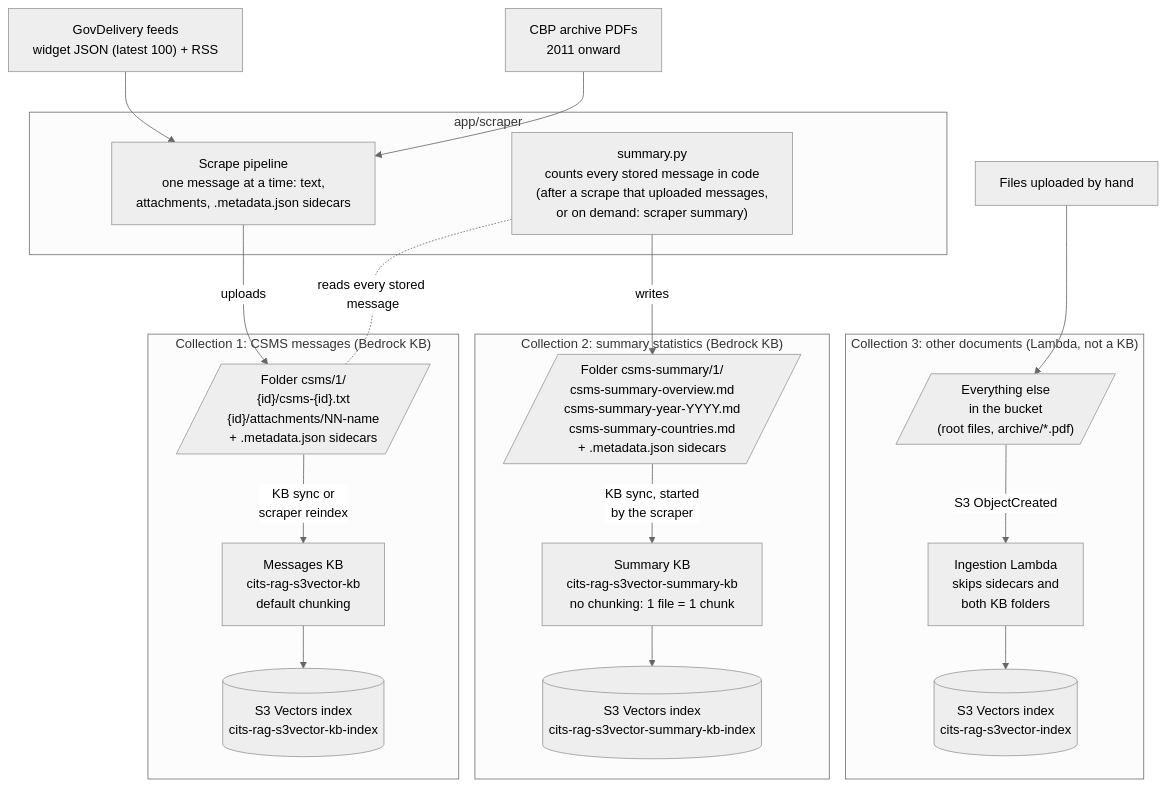
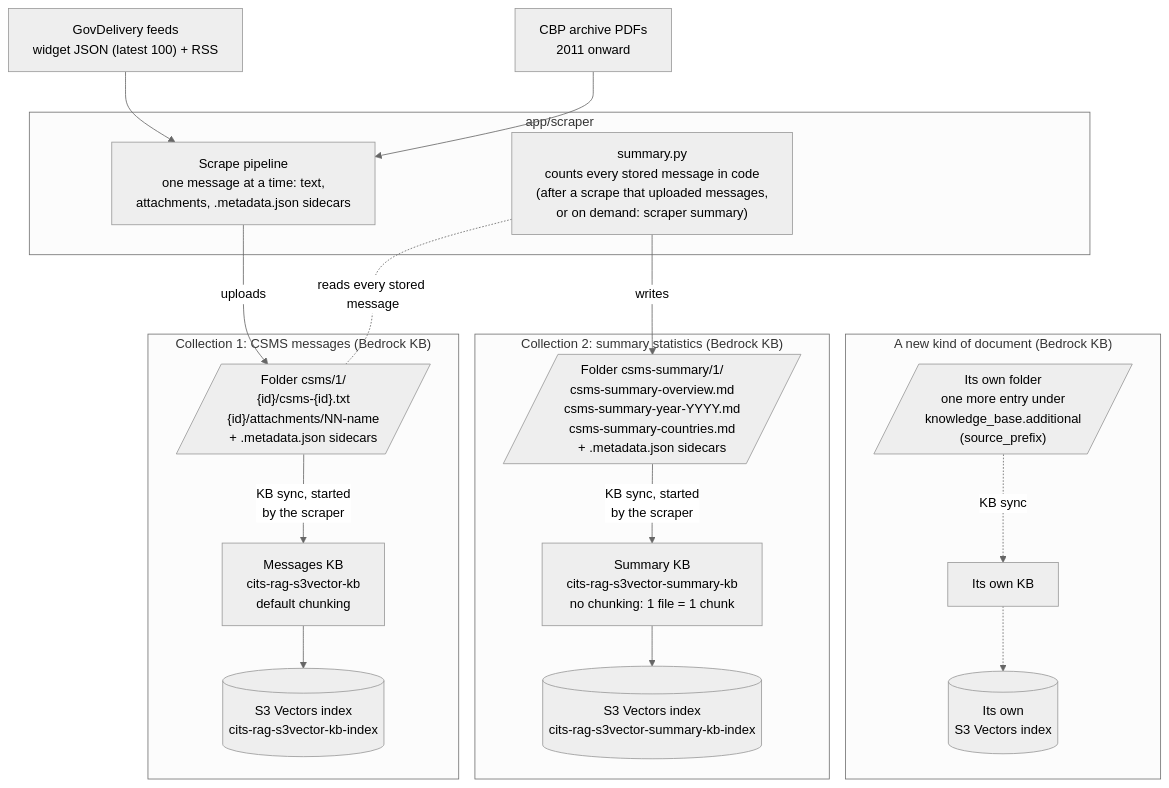
One commit to channelit/RAG-S3Vector changed the first of 2 diagrams in new-architecture.md. Above: the diagram before and after it, drawn with Mermaid (neutral theme). The commit also changed other lines of this file and 14 other files, not shown here.

First line of the commit message:
Make knowledge bases the only ingestion path

````diff
--- a/new-architecture.md
+++ b/new-architecture.md
@@ -38,42 +36,39 @@
 ```mermaid
 %%{init: {"flowchart": {"wrappingWidth": 380}}}%%
 flowchart TD
     FEED["GovDelivery feeds<br/>widget JSON (latest 100) + RSS"]
     PDFS["CBP archive PDFs<br/>2011 onward"]
 
     subgraph SCR["app/scraper"]
         PIPE["Scrape pipeline<br/>one message at a time: text,<br/>attachments, .metadata.json sidecars"]
         SUM["summary.py<br/>counts every stored message in code<br/>(after a scrape that uploaded messages,<br/>or on demand: scraper summary)"]
     end
 
     subgraph C1["Collection 1: CSMS messages (Bedrock KB)"]
         F1[/"Folder csms/1/<br/>{id}/csms-{id}.txt<br/>{id}/attachments/NN-name<br/>+ .metadata.json sidecars"/]
         K1["Messages KB<br/>cits-rag-s3vector-kb<br/>default chunking"]
         X1[("S3 Vectors index<br/>cits-rag-s3vector-kb-index")]
-        F1 -->|"KB sync or<br/>scraper reindex"| K1 --> X1
+        F1 -->|"KB sync, started<br/>by the scraper"| K1 --> X1
     end
 
     subgraph C2["Collection 2: summary statistics (Bedrock KB)"]
         F2[/"Folder csms-summary/1/<br/>csms-summary-overview.md<br/>csms-summary-year-YYYY.md<br/>csms-summary-countries.md<br/>+ .metadata.json sidecars"/]
         K2["Summary KB<br/>cits-rag-s3vector-summary-kb<br/>no chunking: 1 file = 1 chunk"]
         X2[("S3 Vectors index<br/>cits-rag-s3vector-summary-kb-index")]
         F2 -->|"KB sync, started<br/>by the scraper"| K2 --> X2
     end
 
-    subgraph C3["Collection 3: other documents (Lambda, not a KB)"]
-        F3[/"Everything else<br/>in the bucket<br/>(root files, archive/*.pdf)"/]
-        L3["Ingestion Lambda<br/>skips sidecars and<br/>both KB folders"]
-        X3[("S3 Vectors index<br/>cits-rag-s3vector-index")]
-        F3 -->|"S3 ObjectCreated"| L3 --> X3
+    subgraph CN["A new kind of document (Bedrock KB)"]
+        FN[/"Its own folder<br/>one more entry under<br/>knowledge_base.additional<br/>(source_prefix)"/]
+        KN["Its own KB"]
+        XN[("Its own<br/>S3 Vectors index")]
+        FN -.->|"KB sync"| KN -.-> XN
     end
-
-    UP["Files uploaded by hand"]
 
     FEED --> PIPE
     PDFS --> PIPE
     PIPE -->|"uploads"| F1
     SUM -. "reads every stored message" .- F1
     SUM -->|"writes"| F2
-    SUM ~~~ F3
-    UP --> F3
+    SUM ~~~ FN
 ```
````
